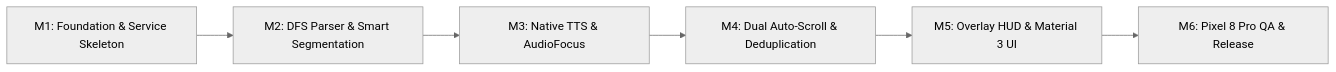
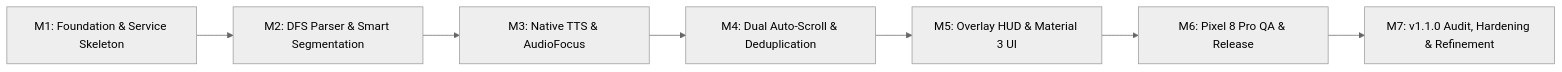
Before and after one commit to Max97k/AAR: the third of 3 diagrams in README.md, drawn with Mermaid (neutral theme). The commit also changed other lines of this file and 22 other files, not shown here.

````diff
--- a/README.md
+++ b/README.md
@@ -129,8 +133,9 @@
 ```mermaid
 flowchart LR
     M1["M1: Foundation & Service Skeleton"] --> M2["M2: DFS Parser & Smart Segmentation"]
     M2 --> M3["M3: Native TTS & AudioFocus"]
     M3 --> M4["M4: Dual Auto-Scroll & Deduplication"]
     M4 --> M5["M5: Overlay HUD & Material 3 UI"]
     M5 --> M6["M6: Pixel 8 Pro QA & Release"]
+    M6 --> M7["M7: v1.1.0 Audit, Hardening & Refinement"]
 ```
````
